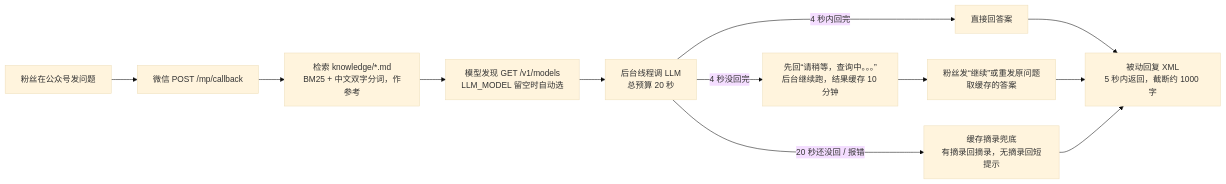
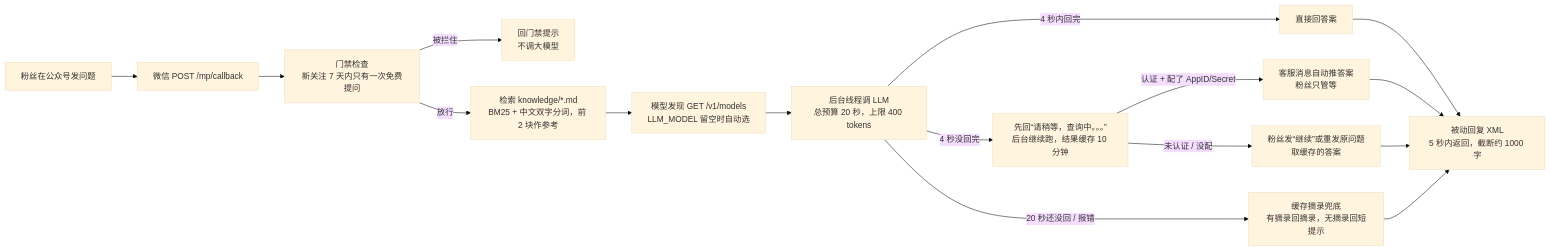
Before and after one commit to wdw6733/mp-rag-bot: the diagram in README.md, drawn with Mermaid (base theme). The commit also changed other lines of this file, not shown here.

Commit message:
mp-rag-bot v1.4.0: faster direct replies (400 tokens), optional customer-service auto-push, new-follower gating (1 free question, unlock after 7 days)

````diff
--- a/README.md
+++ b/README.md
@@ -13,14 +13,18 @@
 ```mermaid
 flowchart LR
     A[粉丝在公众号发问题] --> B[微信 POST /mp/callback]
-    B --> C[检索 knowledge/*.md<br/>BM25 + 中文双字分词，作参考]
-    C --> D[模型发现 GET /v1/models<br/>LLM_MODEL 留空时自动选]
-    D --> E[后台线程调 LLM<br/>总预算 20 秒]
-    E -->|4 秒内回完| F[直接回答案]
-    E -->|4 秒没回完| G[先回“请稍等，查询中。。。”<br/>后台继续跑，结果缓存 10 分钟]
-    G --> H[粉丝发“继续”或重发原问题<br/>取缓存的答案]
-    E -->|20 秒还没回 / 报错| I[缓存摘录兜底<br/>有摘录回摘录，无摘录回短提示]
-    F --> J[被动回复 XML<br/>5 秒内返回，截断约 1000 字]
-    H --> J
-    I --> J
+    B --> C[门禁检查<br/>新关注 7 天内只有一次免费提问]
+    C -->|被拦住| K[回门禁提示<br/>不调大模型]
+    C -->|放行| D[检索 knowledge/*.md<br/>BM25 + 中文双字分词，前 2 块作参考]
+    D --> E[模型发现 GET /v1/models<br/>LLM_MODEL 留空时自动选]
+    E --> F[后台线程调 LLM<br/>总预算 20 秒，上限 400 tokens]
+    F -->|4 秒内回完| G[直接回答案]
+    F -->|4 秒没回完| H[先回“请稍等，查询中。。。”<br/>后台继续跑，结果缓存 10 分钟]
+    H -->|认证 + 配了 AppID/Secret| I[客服消息自动推答案<br/>粉丝只管等]
+    H -->|未认证 / 没配| J[粉丝发“继续”或重发原问题<br/>取缓存的答案]
+    F -->|20 秒还没回 / 报错| L[缓存摘录兜底<br/>有摘录回摘录，无摘录回短提示]
+    G --> M[被动回复 XML<br/>5 秒内返回，截断约 1000 字]
+    I --> M
+    J --> M
+    L --> M
 ```
````
